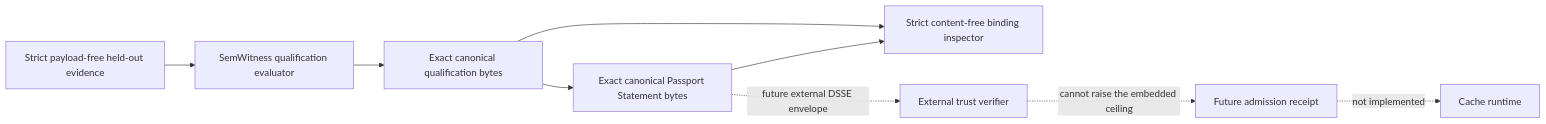
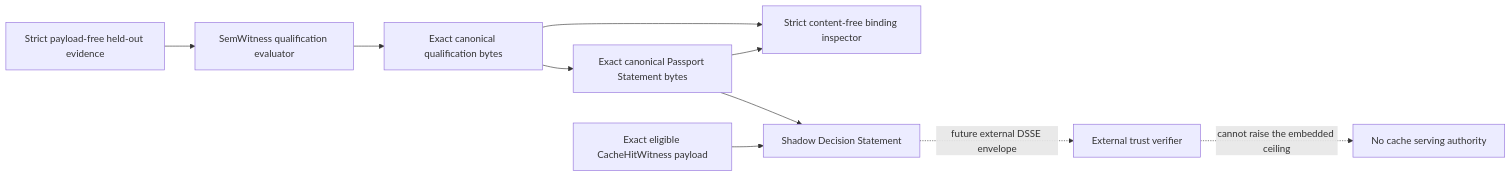
Before and after one commit to aantenore/semwitness: the diagram in docs/intent-witness/cache-admission-passport.md, drawn with Mermaid. The commit also changed other lines of this file and 16 other files, not shown here.

Commit message:
feat(cli): ship cache admission decision workflow

````diff
--- a/docs/intent-witness/cache-admission-passport.md
+++ b/docs/intent-witness/cache-admission-passport.md
@@ -53,11 +53,12 @@
 ```mermaid
 flowchart LR
     E["Strict payload-free held-out evidence"] --> Q["SemWitness qualification evaluator"]
     Q --> M["Exact canonical qualification bytes"]
     M --> S["Exact canonical Passport Statement bytes"]
     S --> B["Strict content-free binding inspector"]
     M --> B
-    S -. "future external DSSE envelope" .-> D["External trust verifier"]
-    D -. "cannot raise the embedded ceiling" .-> R["Future admission receipt"]
-    R -. "not implemented" .-> C["Cache runtime"]
+    H["Exact eligible CacheHitWitness payload"] --> A["Shadow Decision Statement"]
+    S --> A
+    A -. "future external DSSE envelope" .-> D["External trust verifier"]
+    D -. "cannot raise the embedded ceiling" .-> C["No cache serving authority"]
 ```
````
